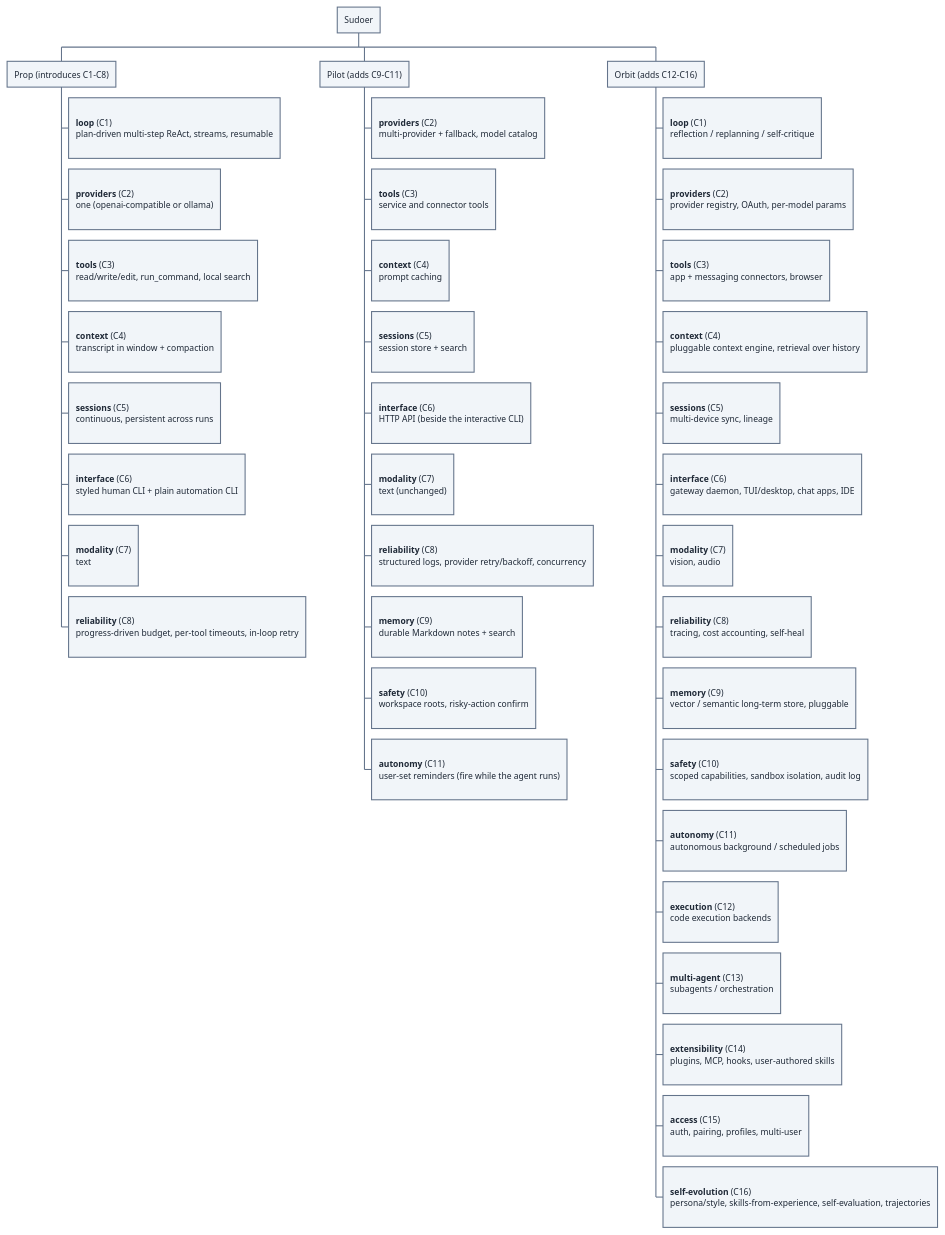
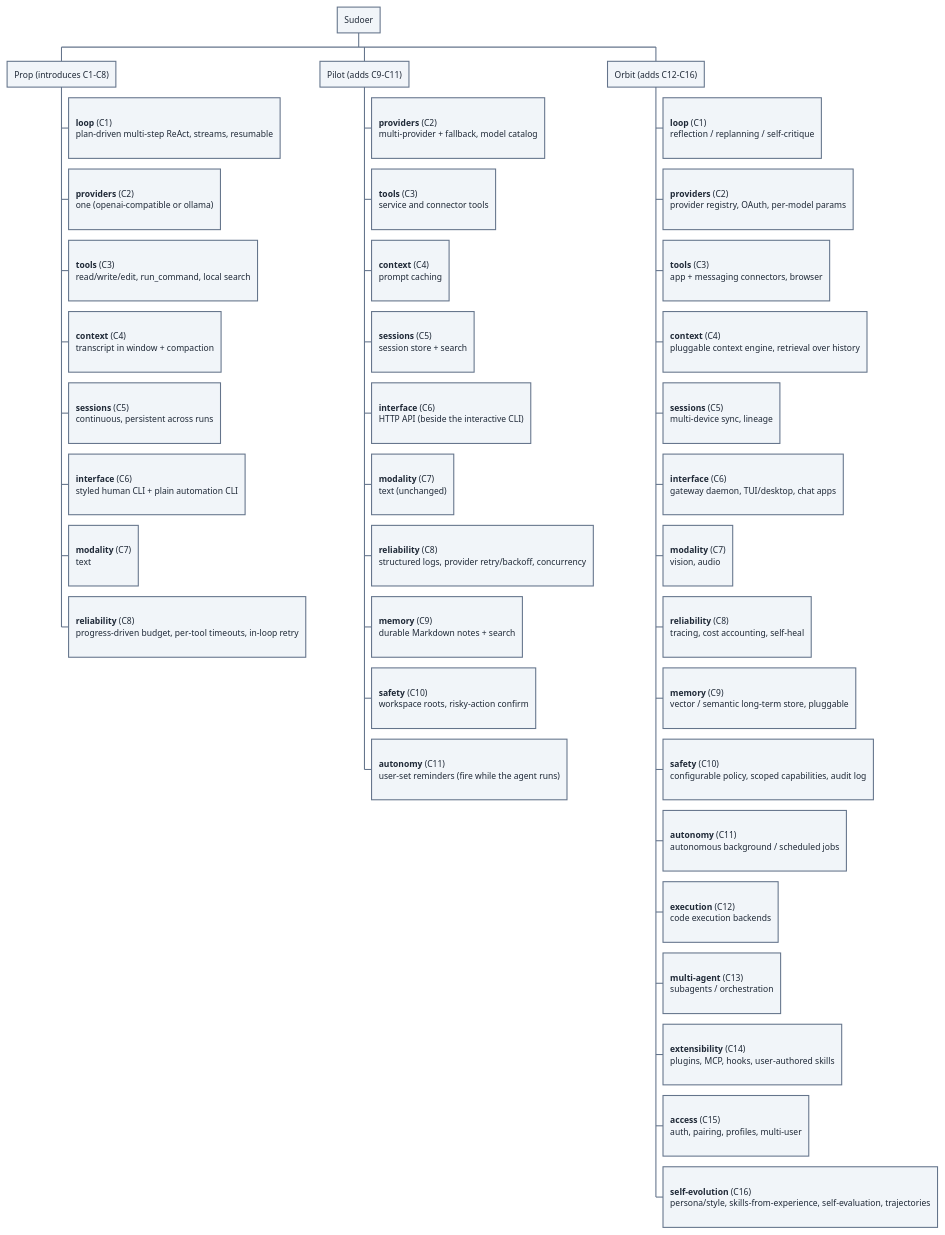
Before and after one commit to invented-pro/sudoer: the third of 4 diagrams in 00_bp/arch.md, drawn with PlantUML. The commit also changed other lines of this file and 26 other files, not shown here.

```diff
--- a/00_bp/arch.md
+++ b/00_bp/arch.md
@@ -215,7 +223,7 @@
 ;
 ***:
 **interface** (C6)
-gateway daemon, TUI/desktop, chat apps, IDE
+gateway daemon, TUI/desktop, chat apps
 ;
 ***:
 **modality** (C7)
@@ -231,7 +239,7 @@
 ;
 ***:
 **safety** (C10)
-scoped capabilities, sandbox isolation, audit log
+configurable policy, scoped capabilities, audit log
 ;
 ***:
 **autonomy** (C11)
```
